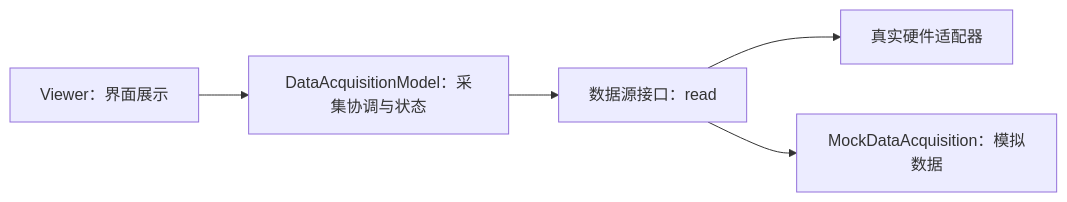
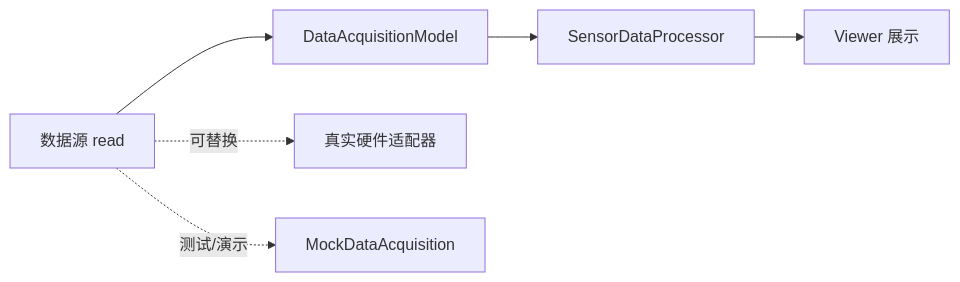
Before and after one commit to ilikui/MatlabOOP: the diagram in CH002/CH00204/README.md, drawn with Mermaid. The commit also changed other lines of this file, not shown here.

````diff
--- a/CH002/CH00204/README.md
+++ b/CH002/CH00204/README.md
@@ -7,7 +7,8 @@
 ```mermaid
 flowchart LR
-    V[Viewer：界面展示] --> M[DataAcquisitionModel：采集协调与状态]
-    M --> S[数据源接口：read]
-    S --> H[真实硬件适配器]
-    S --> T[MockDataAcquisition：模拟数据]
+    S[数据源 read] --> M[DataAcquisitionModel]
+    M --> P[SensorDataProcessor]
+    P --> V[Viewer 展示]
+    S -. 可替换 .-> H[真实硬件适配器]
+    S -. 测试/演示 .-> T[MockDataAcquisition]
 ```
````
